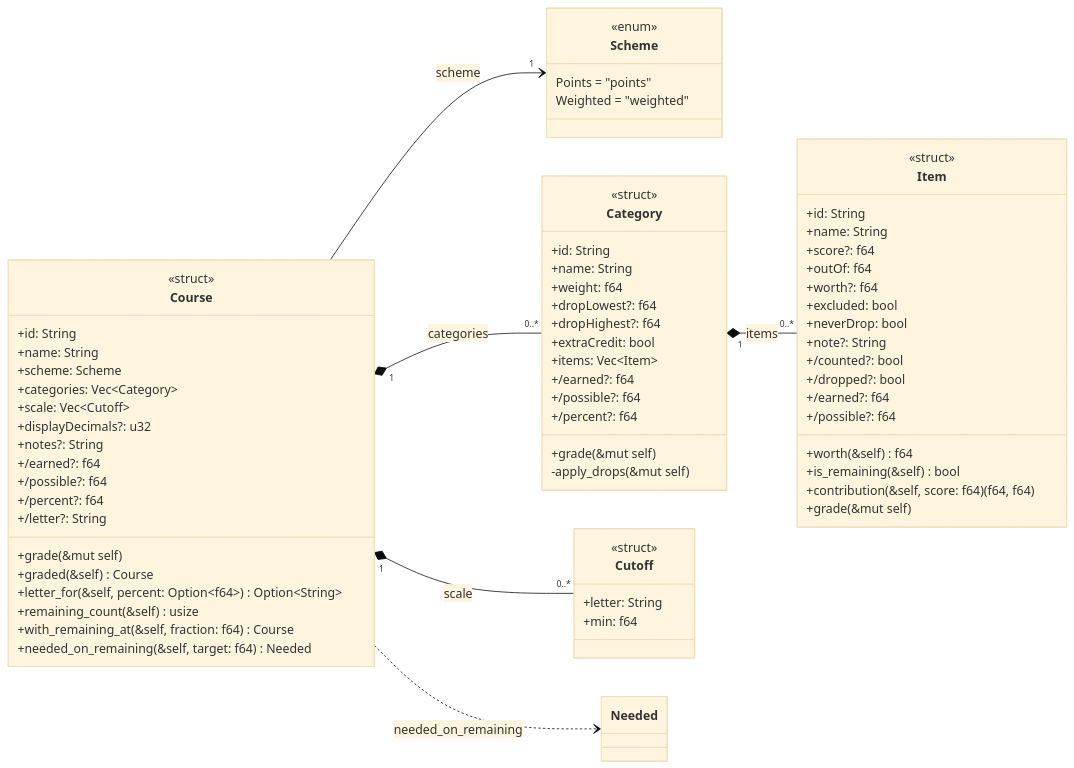
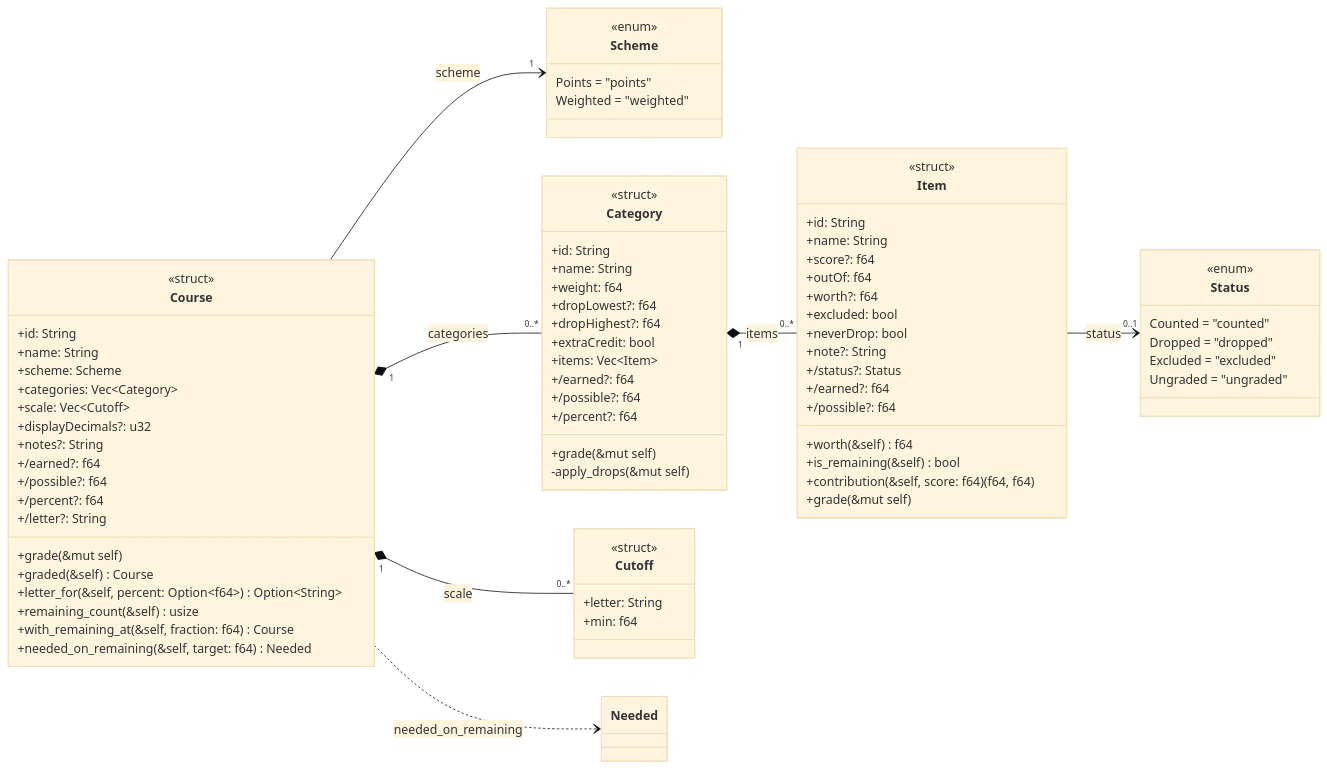
One commit to Patman1O1/grade-calculator changed the second of 8 diagrams in docs/uml.md. Above: the diagram before and after it, drawn with Mermaid (base theme). The commit also changed other lines of this file and 8 other files, not shown here.

First line of the commit message:
Replace Item's counted/dropped flags with a Status enum

````diff
--- a/docs/uml.md
+++ b/docs/uml.md
@@ -65,73 +65,80 @@
 ```mermaid
 classDiagram
   direction LR
   class Scheme {
     <<enum>>
     Points = "points"
     Weighted = "weighted"
   }
   class Course {
     <<struct>>
     +id: String
     +name: String
     +scheme: Scheme
     +categories: Vec~Category~
     +scale: Vec~Cutoff~
     +displayDecimals?: u32
     +notes?: String
     +/earned?: f64
     +/possible?: f64
     +/percent?: f64
     +/letter?: String
     +grade(&mut self)
     +graded(&self) Course
     +letter_for(&self, percent: Option~f64~) Option~String~
     +remaining_count(&self) usize
     +with_remaining_at(&self, fraction: f64) Course
     +needed_on_remaining(&self, target: f64) Needed
   }
   class Category {
     <<struct>>
     +id: String
     +name: String
     +weight: f64
     +dropLowest?: f64
     +dropHighest?: f64
     +extraCredit: bool
     +items: Vec~Item~
     +/earned?: f64
     +/possible?: f64
     +/percent?: f64
     +grade(&mut self)
     -apply_drops(&mut self)
   }
   class Item {
     <<struct>>
     +id: String
     +name: String
     +score?: f64
     +outOf: f64
     +worth?: f64
     +excluded: bool
     +neverDrop: bool
     +note?: String
-    +/counted?: bool
-    +/dropped?: bool
+    +/status?: Status
     +/earned?: f64
     +/possible?: f64
     +worth(&self) f64
     +is_remaining(&self) bool
     +contribution(&self, score: f64) (f64, f64)
     +grade(&mut self)
   }
   class Cutoff {
     <<struct>>
     +letter: String
     +min: f64
   }
+  class Status {
+    <<enum>>
+    Counted = "counted"
+    Dropped = "dropped"
+    Excluded = "excluded"
+    Ungraded = "ungraded"
+  }
   Course "1" *-- "0..*" Category : categories
   Category "1" *-- "0..*" Item : items
   Course "1" *-- "0..*" Cutoff : scale
   Course --> "1" Scheme : scheme
+  Item --> "0..1" Status : status
   Course ..> Needed : needed_on_remaining
 ```
````
